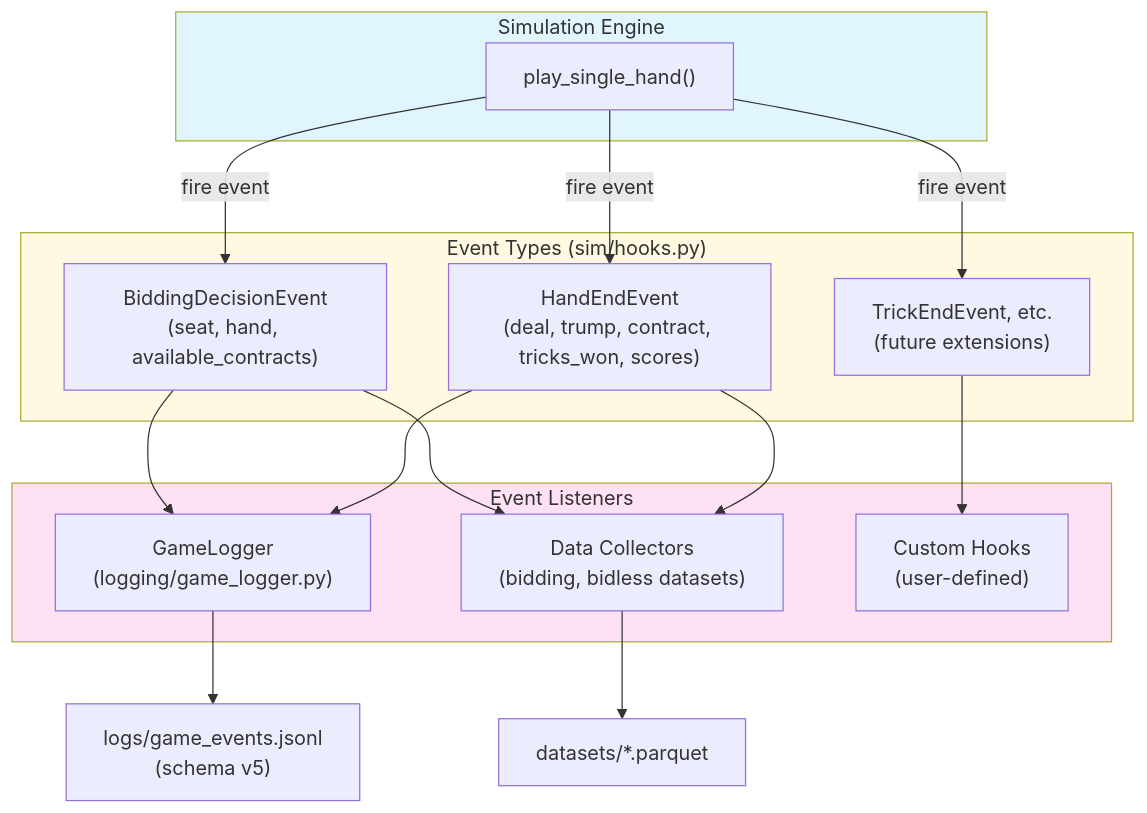
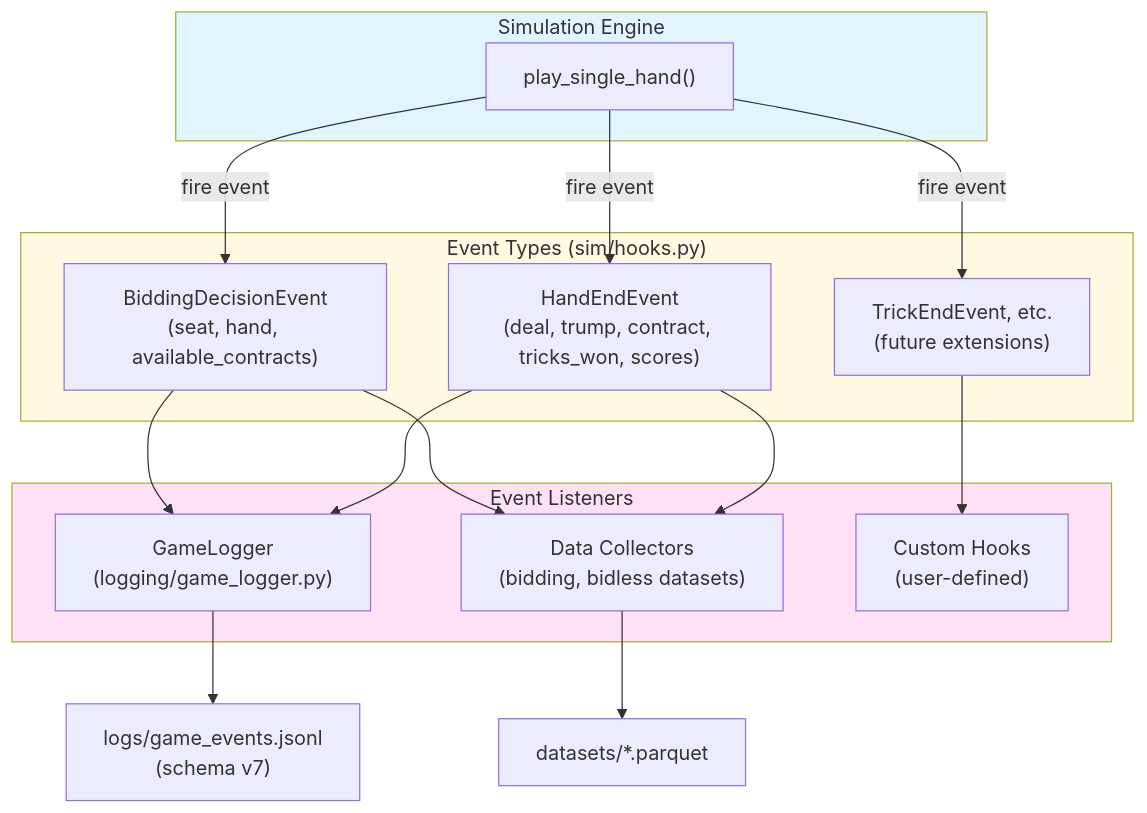
One commit to Questuart/Bid-Euchre changed the eighth of 8 diagrams in docs/FLOW_DIAGRAM.md. Above: the diagram before and after it, drawn with Mermaid. The commit also changed other lines of this file and 5 other files, not shown here.

First line of the commit message:
docs: reconcile docs with post-schema-v7 reality

````diff
--- a/docs/FLOW_DIAGRAM.md
+++ b/docs/FLOW_DIAGRAM.md
@@ -609,37 +609,37 @@
 ```mermaid
 flowchart TD
     subgraph Simulation["Simulation Engine"]
         PlayHand["play_single_hand()"]
     end
 
     subgraph Events["Event Types (sim/hooks.py)"]
         BiddingEvent["BiddingDecisionEvent<br/>(seat, hand, available_contracts)"]
         HandEndEvent["HandEndEvent<br/>(deal, trump, contract, tricks_won, scores)"]
         OtherEvents["TrickEndEvent, etc.<br/>(future extensions)"]
     end
 
     subgraph Listeners["Event Listeners"]
         GameLogger["GameLogger<br/>(logging/game_logger.py)"]
         Collectors["Data Collectors<br/>(bidding, bidless datasets)"]
         Custom["Custom Hooks<br/>(user-defined)"]
     end
 
     PlayHand -->|fire event| BiddingEvent
     PlayHand -->|fire event| HandEndEvent
     PlayHand -->|fire event| OtherEvents
 
     BiddingEvent --> GameLogger
     BiddingEvent --> Collectors
 
     HandEndEvent --> GameLogger
     HandEndEvent --> Collectors
 
     OtherEvents --> Custom
 
-    GameLogger --> JSONL["logs/game_events.jsonl<br/>(schema v5)"]
+    GameLogger --> JSONL["logs/game_events.jsonl<br/>(schema v7)"]
     Collectors --> Parquet["datasets/*.parquet"]
 
     style Simulation fill:#e1f5ff
     style Events fill:#fff9e1
     style Listeners fill:#ffe1f5
 ```
````
